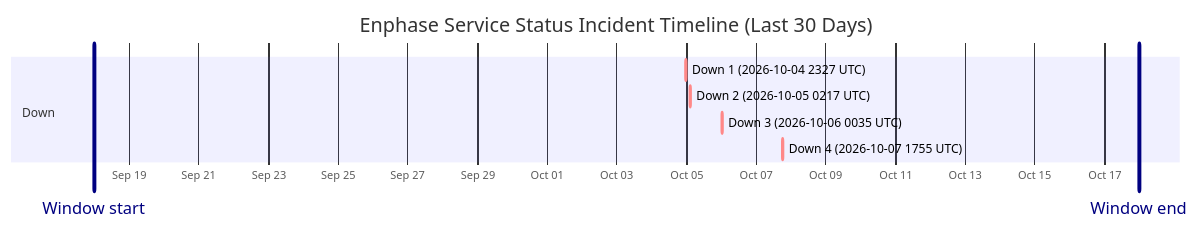
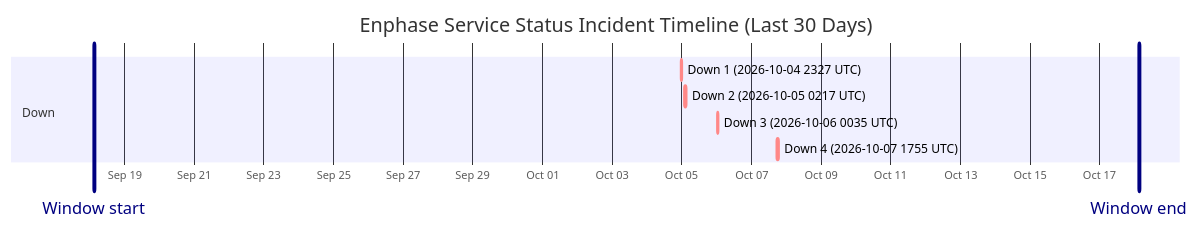
The diagram in wiki/Service-Status-History.md (barneyonline/ha-enphase-energy), drawn with Mermaid before and after one commit. The commit also changed other lines of this file and 3 other files, not shown here.

````diff
--- a/wiki/Service-Status-History.md
+++ b/wiki/Service-Status-History.md
@@ -14,13 +14,13 @@
 ```mermaid
 gantt
     title Enphase Service Status Incident Timeline (Last 30 Days)
     dateFormat  YYYY-MM-DDTHH:mm:ss
     axisFormat  %b %d
-    Window start :vert, window-start, 2026-09-17T23:44:49, 0ms
-    Window end :vert, window-end, 2026-10-17T23:44:49, 0ms
+    Window start :vert, window-start, 2026-09-18T03:06:28, 0ms
+    Window end :vert, window-end, 2026-10-18T03:06:28, 0ms
     section Down
     Down 1 (2026-10-04 2327 UTC) :crit, down-1, 2026-10-04T23:27:34, 60m
     Down 2 (2026-10-05 0217 UTC) :crit, down-2, 2026-10-05T02:17:30, 60m
     Down 3 (2026-10-06 0035 UTC) :crit, down-3, 2026-10-06T00:35:21, 60m
     Down 4 (2026-10-07 1755 UTC) :crit, down-4, 2026-10-07T17:55:16, 60m
 ```
````
